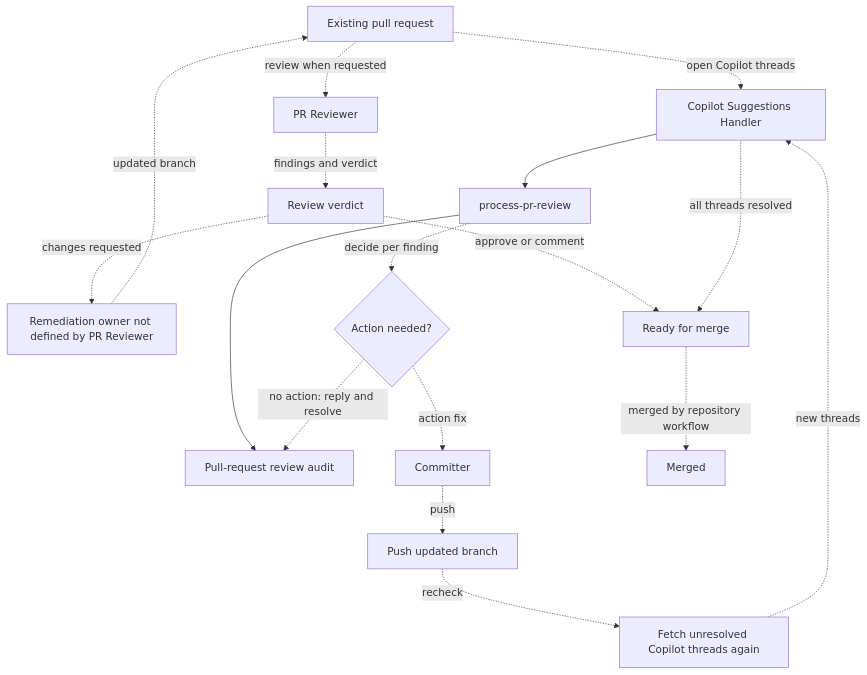
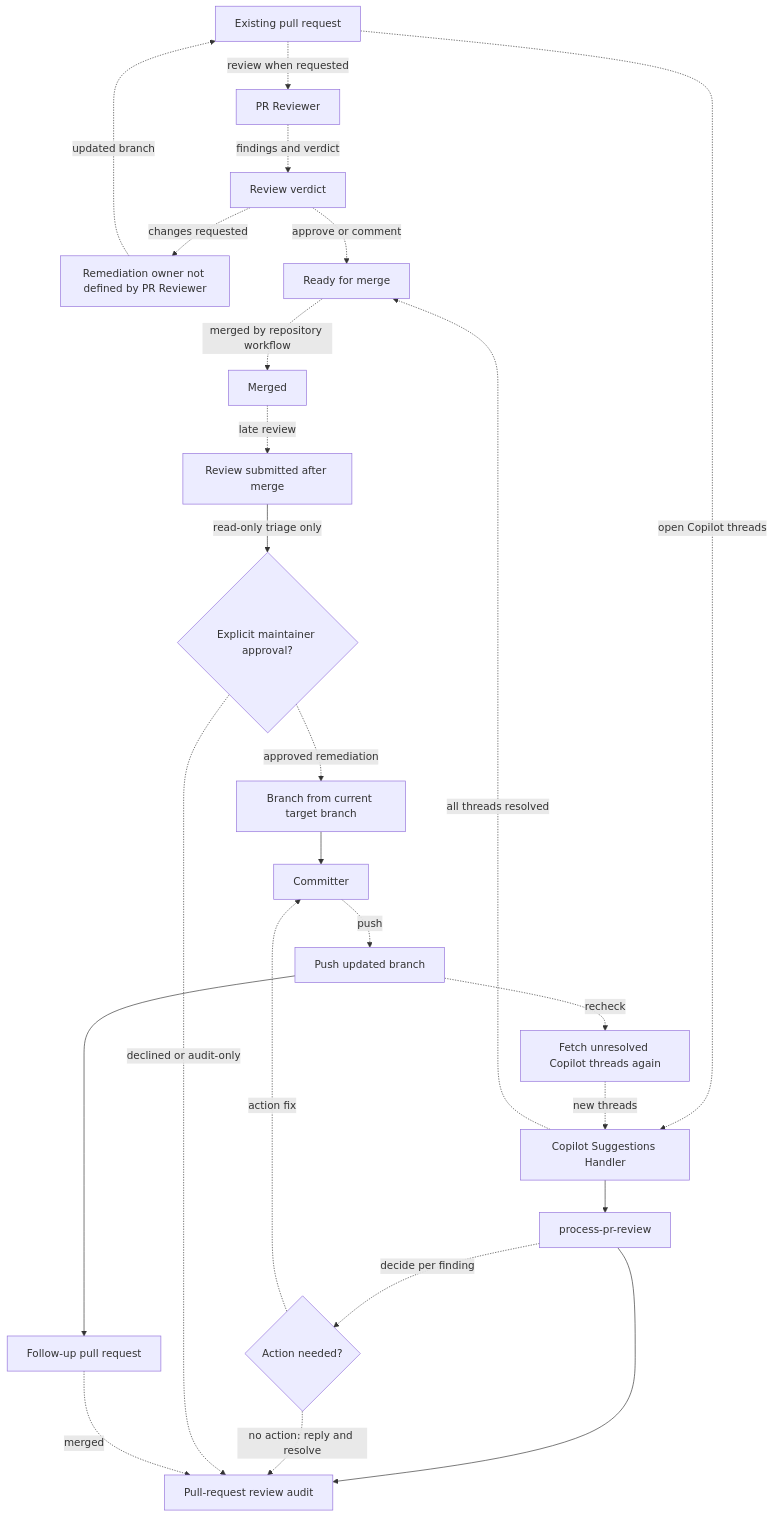
Before and after one commit to torrust/torrust-tracker: the third of 3 diagrams in docs/agents/orchestration.md, drawn with Mermaid. The commit also changed other lines of this file and 5 other files, not shown here.

Commit message:
docs(agents): define post-merge review workflow

````diff
--- a/docs/agents/orchestration.md
+++ b/docs/agents/orchestration.md
@@ -129,33 +138,44 @@
 ```mermaid
 flowchart TD
   existing_pr[Existing pull request]
   pr_reviewer_detail[PR Reviewer]
   pr_verdict[Review verdict]
   remediation[Remediation owner not defined by PR Reviewer]
   copilot_handler_detail[Copilot Suggestions Handler]
   process_pr_review_detail[process-pr-review]
   pr_review_audit_detail[Pull-request review audit]
   action_decision{Action needed?}
   committer_detail[Committer]
   push_update[Push updated branch]
   refetch_threads[Fetch unresolved Copilot threads again]
   merge_ready_detail[Ready for merge]
   merged_detail[Merged]
+  late_review_detail[Review submitted after merge]
+  maintainer_approval_detail{Explicit maintainer approval?}
+  follow_up_branch[Branch from current target branch]
+  follow_up_pr_detail[Follow-up pull request]
 
   existing_pr -. review when requested .-> pr_reviewer_detail
   pr_reviewer_detail -. findings and verdict .-> pr_verdict
   pr_verdict -. changes requested .-> remediation
   remediation -. updated branch .-> existing_pr
   pr_verdict -. approve or comment .-> merge_ready_detail
   existing_pr -. open Copilot threads .-> copilot_handler_detail
   copilot_handler_detail --> process_pr_review_detail
   process_pr_review_detail --> pr_review_audit_detail
   process_pr_review_detail -. decide per finding .-> action_decision
   action_decision -. action fix .-> committer_detail
   committer_detail -. push .-> push_update
   push_update -. recheck .-> refetch_threads
   refetch_threads -. new threads .-> copilot_handler_detail
   action_decision -. no action: reply and resolve .-> pr_review_audit_detail
   copilot_handler_detail -. all threads resolved .-> merge_ready_detail
   merge_ready_detail -. merged by repository workflow .-> merged_detail
+  merged_detail -. late review .-> late_review_detail
+  late_review_detail -->|read-only triage only| maintainer_approval_detail
+  maintainer_approval_detail -. declined or audit-only .-> pr_review_audit_detail
+  maintainer_approval_detail -. approved remediation .-> follow_up_branch
+  follow_up_branch --> committer_detail
+  push_update --> follow_up_pr_detail
+  follow_up_pr_detail -. merged .-> pr_review_audit_detail
 ```
````
